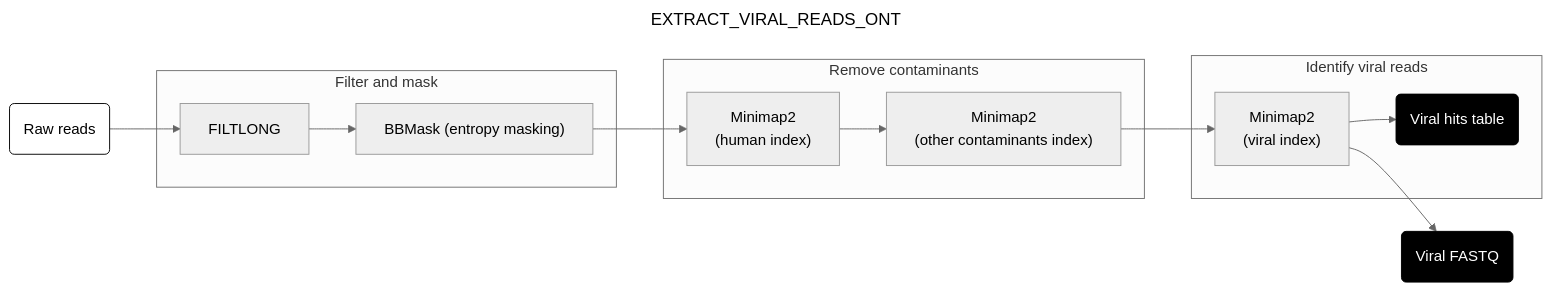
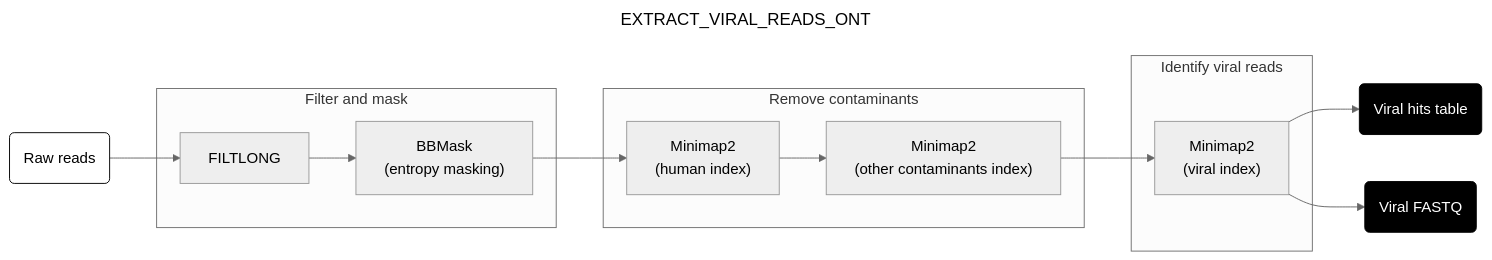
Before and after one commit to naobservatory/mgs-workflow: the sixth of 9 diagrams in docs/run.md, drawn with Mermaid (neutral theme). The commit also changed other lines of this file, not shown here.

````diff
--- a/docs/run.md
+++ b/docs/run.md
@@ -219,31 +219,30 @@
 ```mermaid
 ---
 title: EXTRACT_VIRAL_READS_ONT
 config:
   layout: horizontal
 ---
 flowchart LR
 A(Raw reads) --> B[FILTLONG]
-B --> C["BBMask (entropy masking)"]
+B --> C["BBMask <br> (entropy masking)"]
 C --> D["Minimap2 <br> (human index)"]
 D --> E["Minimap2 <br> (other contaminants index)"]
 E --> F["Minimap2 <br> (viral index)"]
 F --> G(Viral hits table)
 F --> H(Viral FASTQ)
 
 subgraph "Filter and mask"
 B
 C
 end
 subgraph "Remove contaminants"
 D
 E
 end
 subgraph "Identify viral reads"
 F
-G
 end
 style A fill:#fff,stroke:#000
 style G fill:#000,color:#fff,stroke:#000
 style H fill:#000,color:#fff,stroke:#000
 ```
````
